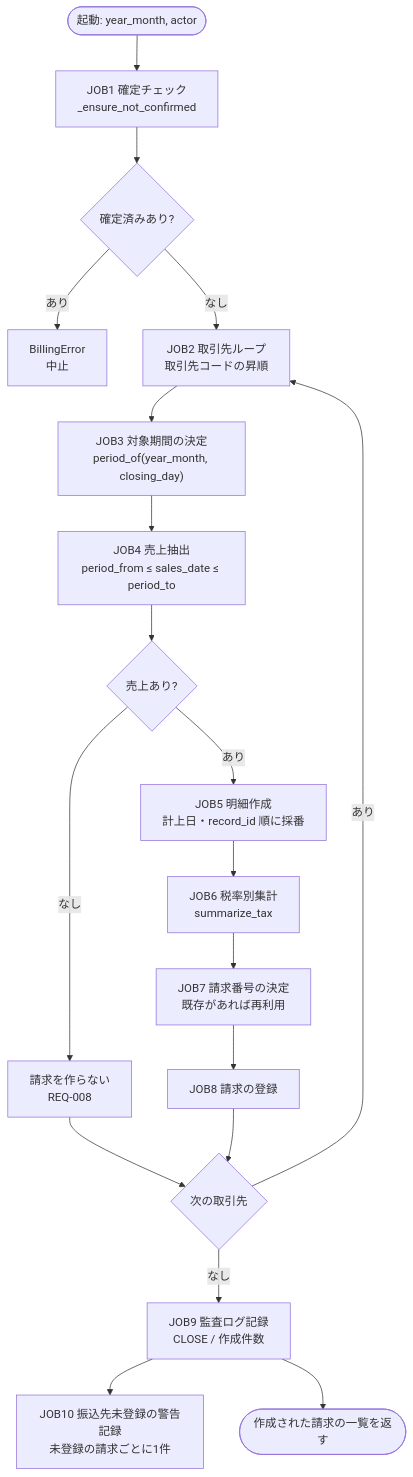
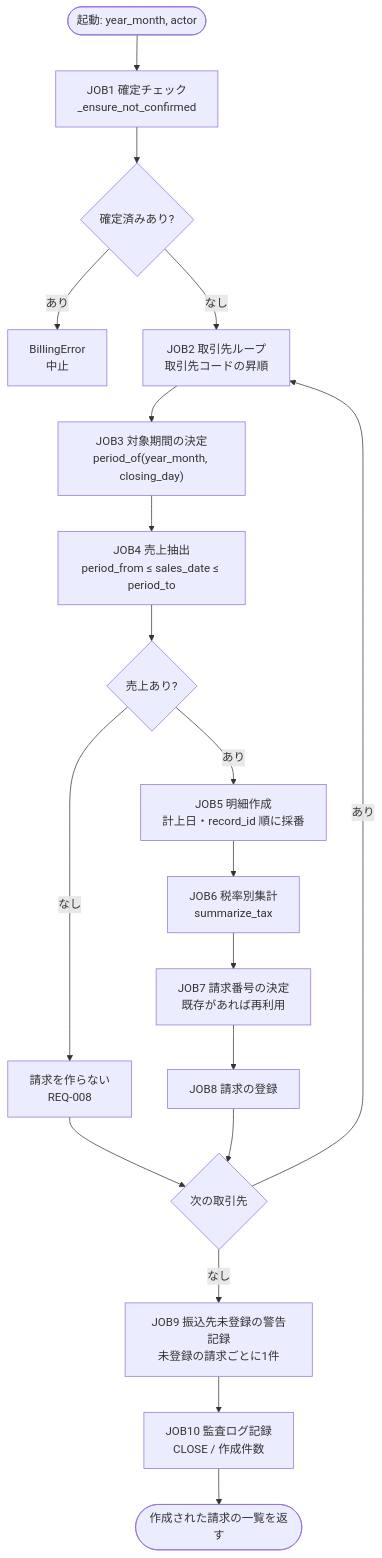
The first of 2 diagrams in examples/monthly-billing/docs/deliverables/batch/02-batch-flow.md (SeckeyJP/j-six), drawn with Mermaid before and after one commit. The commit also changed other lines of this file and 2 other files, not shown here.

Commit message:
TASK-MB-007: G3 の再指摘（監査記録の定義と順序）を反映
- AuditEntry 定義に CLOSE_WARN_NO_BANK_ACCOUNT と invoice_no の適用範囲、記録順序を追記
- バッチ処理定義・フロー図の順序を実装に合わせ、フロー図の終端を JOB10 に接続

記録順序は hold-out 受入テストが「監査ログの末尾は CLOSE」と規定しているため、
実装ではなく設計書側を実装に合わせた。

Claude-Session: https://claude.ai/code/session_01WaUUybUi1MrHYADSzaWw19

````diff
--- a/examples/monthly-billing/docs/deliverables/batch/02-batch-flow.md
+++ b/examples/monthly-billing/docs/deliverables/batch/02-batch-flow.md
@@ -9,21 +9,21 @@
 ```mermaid
 flowchart TD
     START([起動: year_month, actor]) --> J1
     J1["JOB1 確定チェック<br/>_ensure_not_confirmed"] --> J1D{確定済みあり?}
     J1D -->|あり| ERR["BillingError<br/>中止"]
     J1D -->|なし| J2["JOB2 取引先ループ<br/>取引先コードの昇順"]
     J2 --> J3["JOB3 対象期間の決定<br/>period_of(year_month, closing_day)"]
     J3 --> J4["JOB4 売上抽出<br/>period_from ≤ sales_date ≤ period_to"]
     J4 --> J4D{売上あり?}
     J4D -->|なし| SKIP["請求を作らない<br/>REQ-008"]
     J4D -->|あり| J5["JOB5 明細作成<br/>計上日・record_id 順に採番"]
     J5 --> J6["JOB6 税率別集計<br/>summarize_tax"]
     J6 --> J7["JOB7 請求番号の決定<br/>既存があれば再利用"]
     J7 --> J8["JOB8 請求の登録"]
     SKIP --> NEXT{次の取引先}
     J8 --> NEXT
     NEXT -->|あり| J2
-    NEXT -->|なし| J9["JOB9 監査ログ記録<br/>CLOSE / 作成件数"]
-    J9 --> J10["JOB10 振込先未登録の警告記録<br/>未登録の請求ごとに1件"]
-    J9 --> END([作成された請求の一覧を返す])
+    NEXT -->|なし| J9["JOB9 振込先未登録の警告記録<br/>未登録の請求ごとに1件"]
+    J9 --> J10["JOB10 監査ログ記録<br/>CLOSE / 作成件数"]
+    J10 --> END([作成された請求の一覧を返す])
 ```
````
